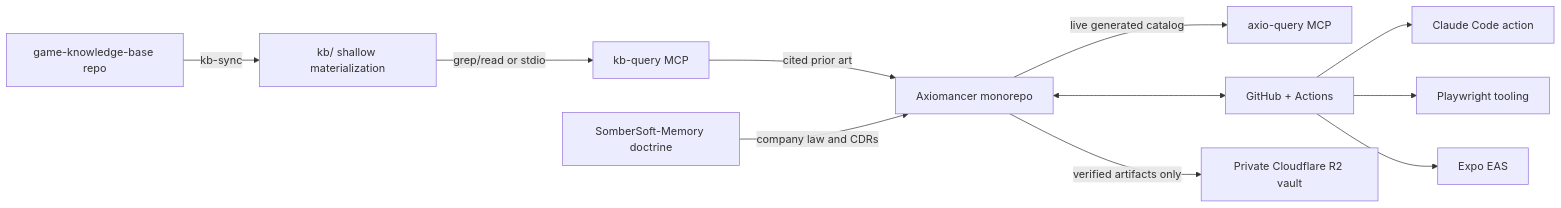
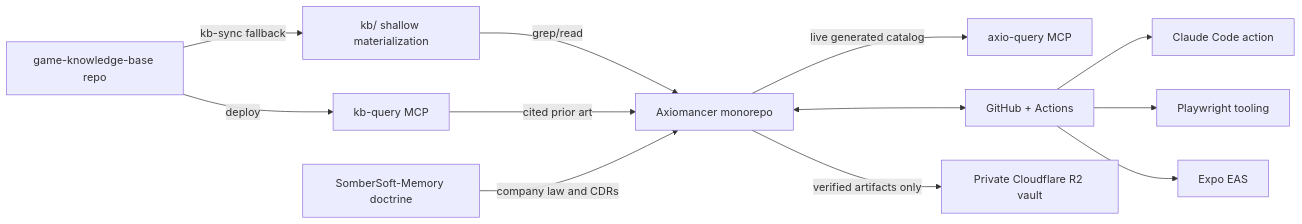
The diagram in docs/external-architecture.md (no-trbl-2-u/Axiomancer), drawn with Mermaid before and after one commit. The commit also changed other lines of this file and 9 other files, not shown here.

First line of the commit message:
docs(mcp): retire the sync-for-reads story now that kb-query is remote

````diff
--- a/docs/external-architecture.md
+++ b/docs/external-architecture.md
@@ -5,25 +5,26 @@
 ```mermaid
 flowchart LR
   A[Axiomancer monorepo]
   KB[game-knowledge-base repo]
   KBL[kb/ shallow materialization]
   MCP[kb-query MCP]
   AX[axio-query MCP]
   SS[SomberSoft-Memory doctrine]
   GH[GitHub + Actions]
   CL[Claude Code action]
   PW[Playwright tooling]
   EAS[Expo EAS]
   R2[Private Cloudflare R2 vault]
 
-  KB -->|kb-sync| KBL
-  KBL -->|grep/read or stdio| MCP
+  KB -->|deploy| MCP
+  KB -->|kb-sync fallback| KBL
+  KBL -->|grep/read| A
   MCP -->|cited prior art| A
   A -->|live generated catalog| AX
   SS -->|company law and CDRs| A
   A <--> GH
   GH --> CL
   GH --> PW
   GH --> EAS
   A -->|verified artifacts only| R2
 ```
````
